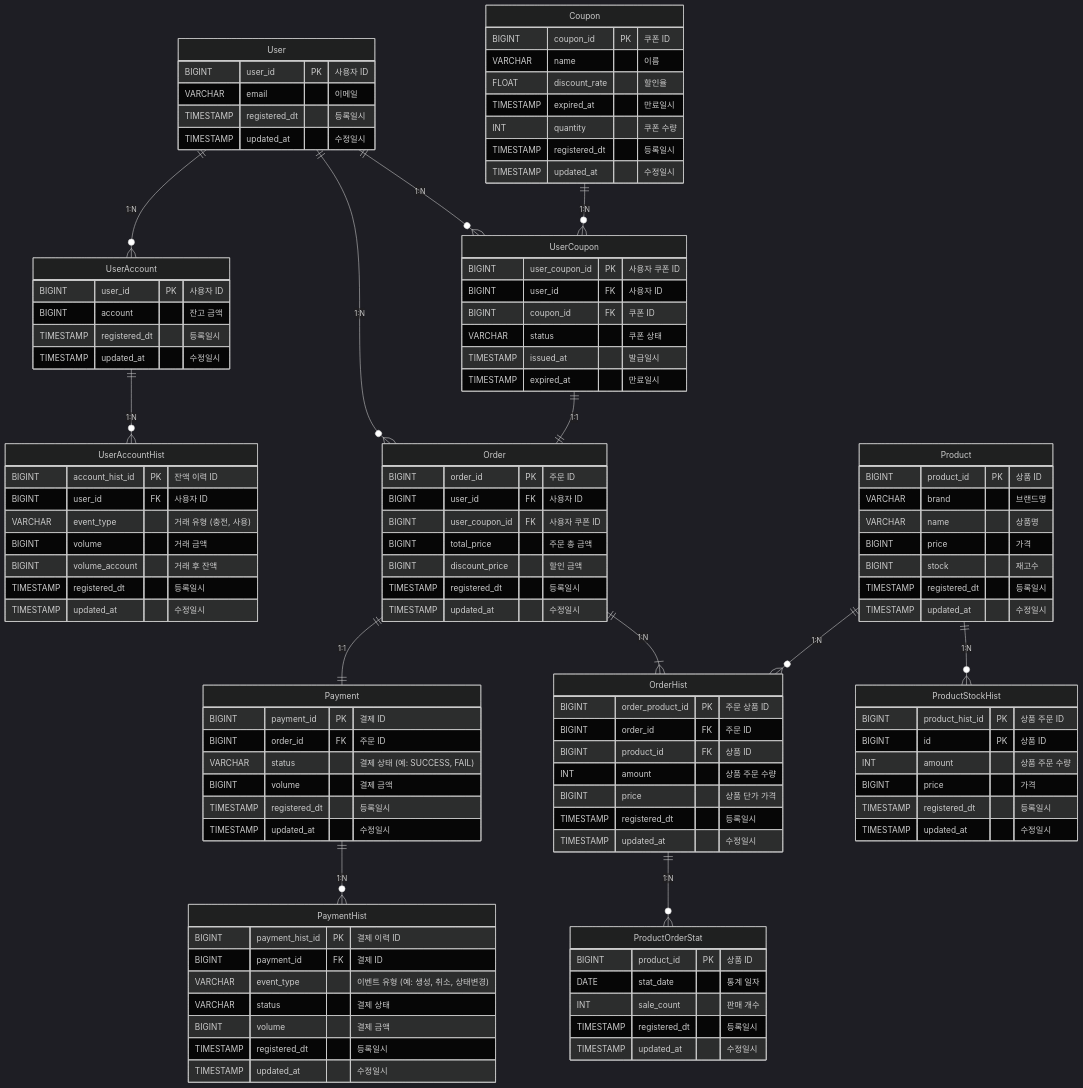
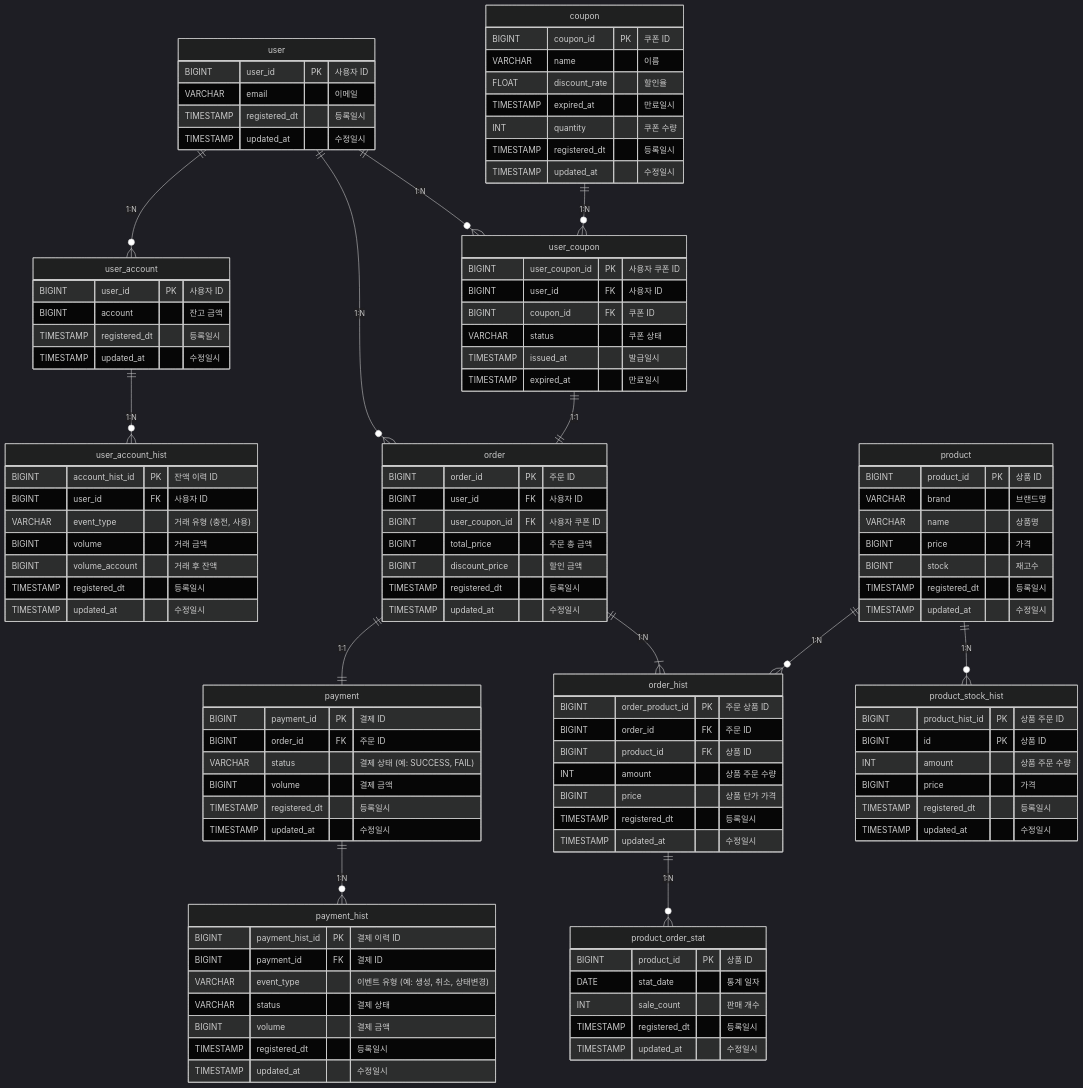
One commit to w00smanK/hhplus-ecommerce changed the diagram in docs/ERD.md. Above: the diagram before and after it, drawn with Mermaid (dark theme).

Commit message:
style : 테이블명 스네이크 케이스 변경

````diff
--- a/docs/ERD.md
+++ b/docs/ERD.md
@@ -11,33 +11,33 @@
 ```mermaid
 
 erDiagram
-User ||--o{ UserAccount : "1:N"
-UserAccount ||--o{ UserAccountHist : "1:N"
-User ||--o{ UserCoupon : "1:N"
-User ||--o{ Order : "1:N"
-Coupon ||--o{ UserCoupon : "1:N"
-UserCoupon ||--|| Order : "1:1"
-Order ||--|| Payment : "1:1"
-Order ||--|{ OrderHist : "1:N"
-Product ||--o{ OrderHist : "1:N"
-Product ||--o{ ProductStockHist : "1:N"
-OrderHist ||--o{ ProductOrderStat : "1:N"
-Payment ||--o{ PaymentHist : "1:N"
-User {
-BIGINT user_id PK "사용자 ID"
-VARCHAR email "이메일"
-TIMESTAMP registered_dt "등록일시"
-TIMESTAMP updated_at "수정일시"
-}
+user ||--o{ user_account : "1:N"
+user_account ||--o{ user_account_hist : "1:N"
+user ||--o{ user_coupon : "1:N"
+user ||--o{ order : "1:N"
+coupon ||--o{ user_coupon : "1:N"
+user_coupon ||--|| order : "1:1"
+order ||--|| payment : "1:1"
+order ||--|{ order_hist : "1:N"
+product ||--o{ order_hist : "1:N"
+product ||--o{ product_stock_hist : "1:N"
+order_hist ||--o{ product_order_stat : "1:N"
+payment ||--o{ payment_hist : "1:N"
+    user {
+        BIGINT user_id PK "사용자 ID"
+        VARCHAR email "이메일"
+        TIMESTAMP registered_dt "등록일시"
+        TIMESTAMP updated_at "수정일시"
+    }
 
-    UserAccount {
+    user_account {
         BIGINT user_id PK "사용자 ID"
         BIGINT account "잔고 금액"
         TIMESTAMP registered_dt "등록일시"
         TIMESTAMP updated_at "수정일시"
     }
 
-    UserAccountHist {
+    user_account_hist {
         BIGINT account_hist_id PK "잔액 이력 ID"
         BIGINT user_id FK "사용자 ID"
         VARCHAR event_type "거래 유형 (충전, 사용)"
@@ -47,7 +47,7 @@
         TIMESTAMP updated_at "수정일시"
     }
 
-    Coupon {
+    coupon {
         BIGINT coupon_id PK "쿠폰 ID"
         VARCHAR name "이름"
         FLOAT discount_rate "할인율"
@@ -57,7 +57,7 @@
         TIMESTAMP updated_at "수정일시"
     }
 
-    UserCoupon {
+    user_coupon {
         BIGINT user_coupon_id PK "사용자 쿠폰 ID"
         BIGINT user_id FK "사용자 ID"
         BIGINT coupon_id FK "쿠폰 ID"
@@ -65,43 +65,8 @@
         TIMESTAMP issued_at "발급일시"
         TIMESTAMP expired_at "만료일시"
     }
-    Payment {
-        BIGINT payment_id PK "결제 ID"
-        BIGINT order_id FK "주문 ID"
-        VARCHAR status "결제 상태 (예: SUCCESS, FAIL)"
-        BIGINT volume "결제 금액"
-        TIMESTAMP registered_dt "등록일시"
-        TIMESTAMP updated_at "수정일시"
-    }
-    PaymentHist {
-        BIGINT payment_hist_id PK "결제 이력 ID"
-        BIGINT payment_id FK "결제 ID"
-        VARCHAR event_type "이벤트 유형 (예: 생성, 취소, 상태변경)"
-        VARCHAR status "결제 상태"
-        BIGINT volume "결제 금액"
-        TIMESTAMP registered_dt "등록일시"
-        TIMESTAMP updated_at "수정일시"
-    }
-    Product {
-        BIGINT product_id PK "상품 ID"
-        VARCHAR brand "브랜드명"
-        VARCHAR name "상품명"
-        BIGINT price "가격" 
-        BIGINT stock "재고수"
-        TIMESTAMP registered_dt "등록일시"
-        TIMESTAMP updated_at "수정일시"
-    }
 
-    ProductStockHist {
-        BIGINT product_hist_id PK "상품 주문 ID"
-        BIGINT id PK "상품 ID"
-        INT amount "상품 주문 수량"
-        BIGINT price "가격" 
-        TIMESTAMP registered_dt "등록일시"
-        TIMESTAMP updated_at "수정일시"
-    }
-
-    Order {
+    order {
         BIGINT order_id PK "주문 ID"
         BIGINT user_id FK "사용자 ID"
         BIGINT user_coupon_id FK "사용자 쿠폰 ID"
@@ -111,7 +76,7 @@
         TIMESTAMP updated_at "수정일시"
     }
 
-    OrderHist {
+    order_hist {
         BIGINT order_product_id PK "주문 상품 ID"
         BIGINT order_id FK "주문 ID"
         BIGINT product_id FK "상품 ID"
@@ -121,8 +86,45 @@
         TIMESTAMP updated_at "수정일시"
     }
 
+    payment {
+        BIGINT payment_id PK "결제 ID"
+        BIGINT order_id FK "주문 ID"
+        VARCHAR status "결제 상태 (예: SUCCESS, FAIL)"
+        BIGINT volume "결제 금액"
+        TIMESTAMP registered_dt "등록일시"
+        TIMESTAMP updated_at "수정일시"
+    }
 
-    ProductOrderStat {
+    payment_hist {
+        BIGINT payment_hist_id PK "결제 이력 ID"
+        BIGINT payment_id FK "결제 ID"
+        VARCHAR event_type "이벤트 유형 (예: 생성, 취소, 상태변경)"
+        VARCHAR status "결제 상태"
+        BIGINT volume "결제 금액"
+        TIMESTAMP registered_dt "등록일시"
+        TIMESTAMP updated_at "수정일시"
+    }
+
+    product {
+        BIGINT product_id PK "상품 ID"
+        VARCHAR brand "브랜드명"
+        VARCHAR name "상품명"
+        BIGINT price "가격"
+        BIGINT stock "재고수"
+        TIMESTAMP registered_dt "등록일시"
+        TIMESTAMP updated_at "수정일시"
+    }
+
+    product_stock_hist {
+        BIGINT product_hist_id PK "상품 주문 ID"
+        BIGINT id PK "상품 ID"
+        INT amount "상품 주문 수량"
+        BIGINT price "가격"
+        TIMESTAMP registered_dt "등록일시"
+        TIMESTAMP updated_at "수정일시"
+    }
+
+    product_order_stat {
         BIGINT product_id PK "상품 ID"
         DATE stat_date "통계 일자"
         INT sale_count "판매 개수"
````
